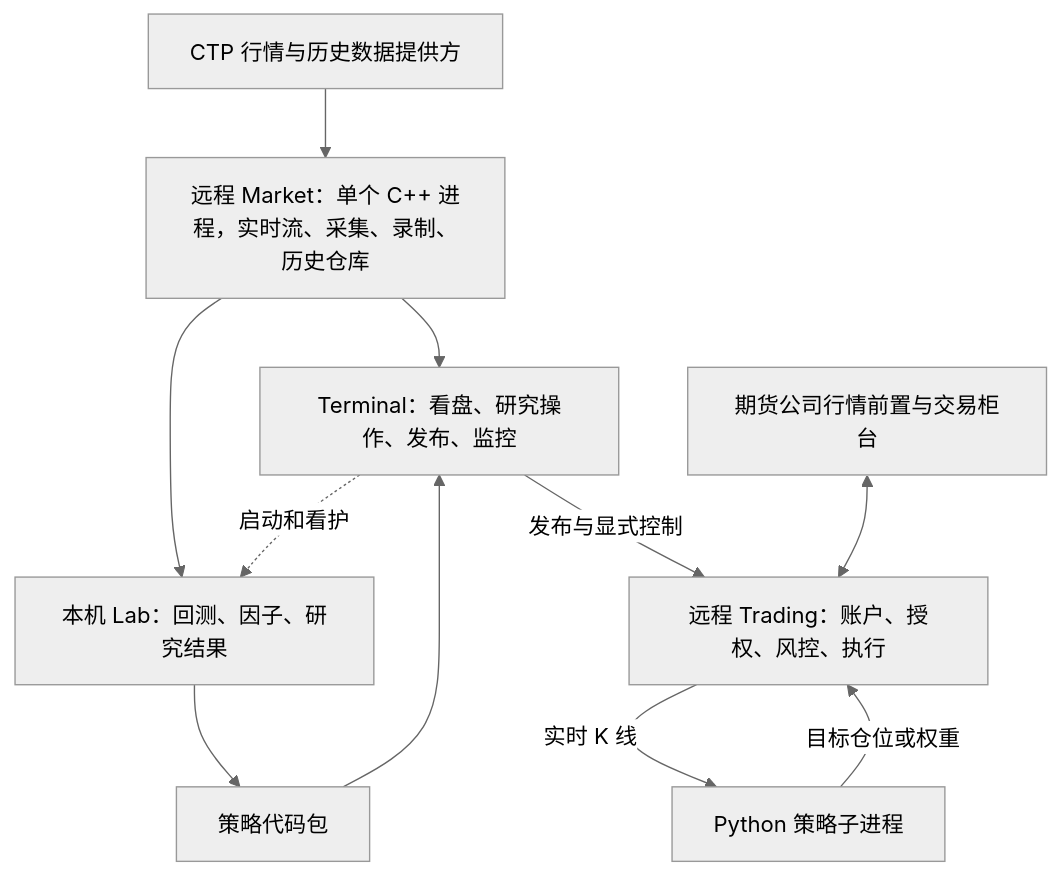
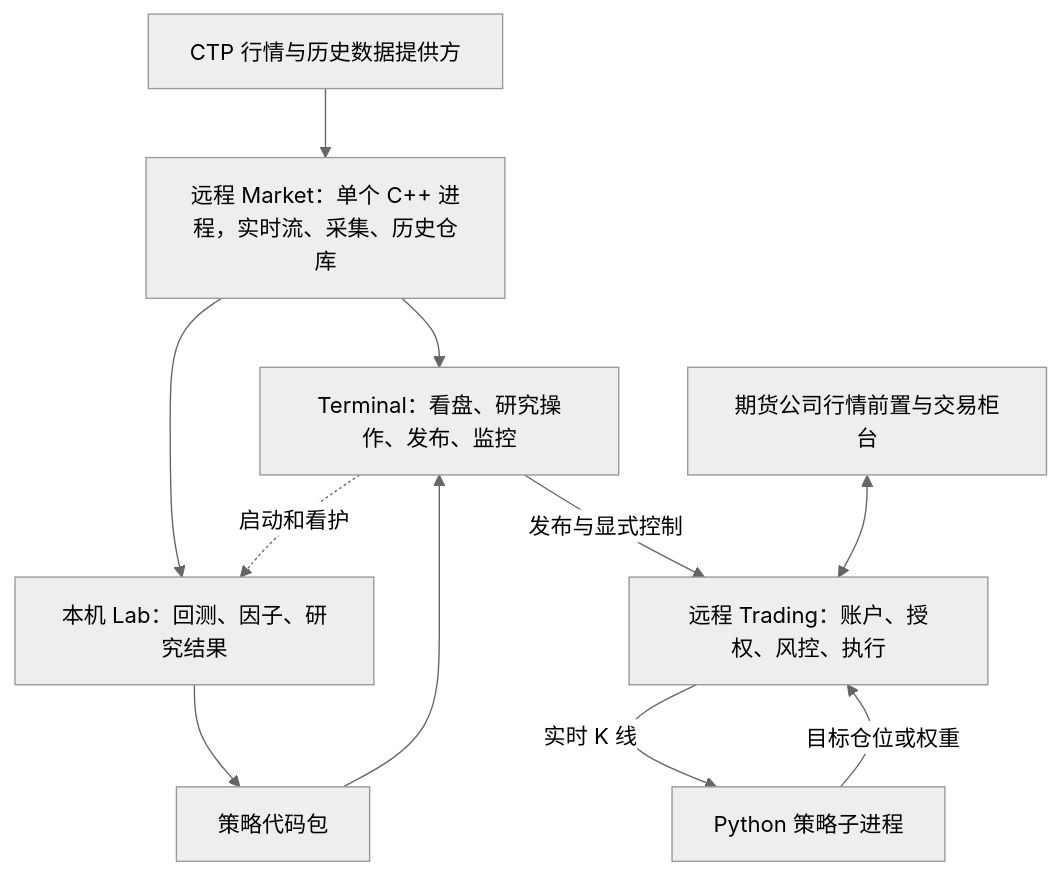
Before and after one commit to isqiwen/asterion-terminal: the diagram in docs/architecture.md, drawn with Mermaid (neutral theme). The commit also changed other lines of this file and 95 other files, not shown here.

````diff
--- a/docs/architecture.md
+++ b/docs/architecture.md
@@ -5,13 +5,13 @@
 ```mermaid
 flowchart TB
-  Providers[CTP 行情与历史数据提供方] --> Market[远程 Market：单个 C++ 进程，实时流、采集、录制、历史仓库]
+  Providers[CTP 行情与历史数据提供方] --> Market[远程 Market：单个 C++ 进程，实时流、采集、历史仓库]
   Market --> Terminal[Terminal：看盘、研究操作、发布、监控]
   Market --> Lab[本机 Lab：回测、因子、研究结果]
   Terminal -.启动和看护.-> Lab
   Lab --> Package[策略代码包]
   Package --> Terminal
   Terminal -->|发布与显式控制| Trading[远程 Trading：账户、授权、风控、执行]
   Counter[期货公司行情前置与交易柜台] <--> Trading
   Trading -->|实时 K 线| Strategy[Python 策略子进程]
   Strategy -->|目标仓位或权重| Trading
 ```
````
